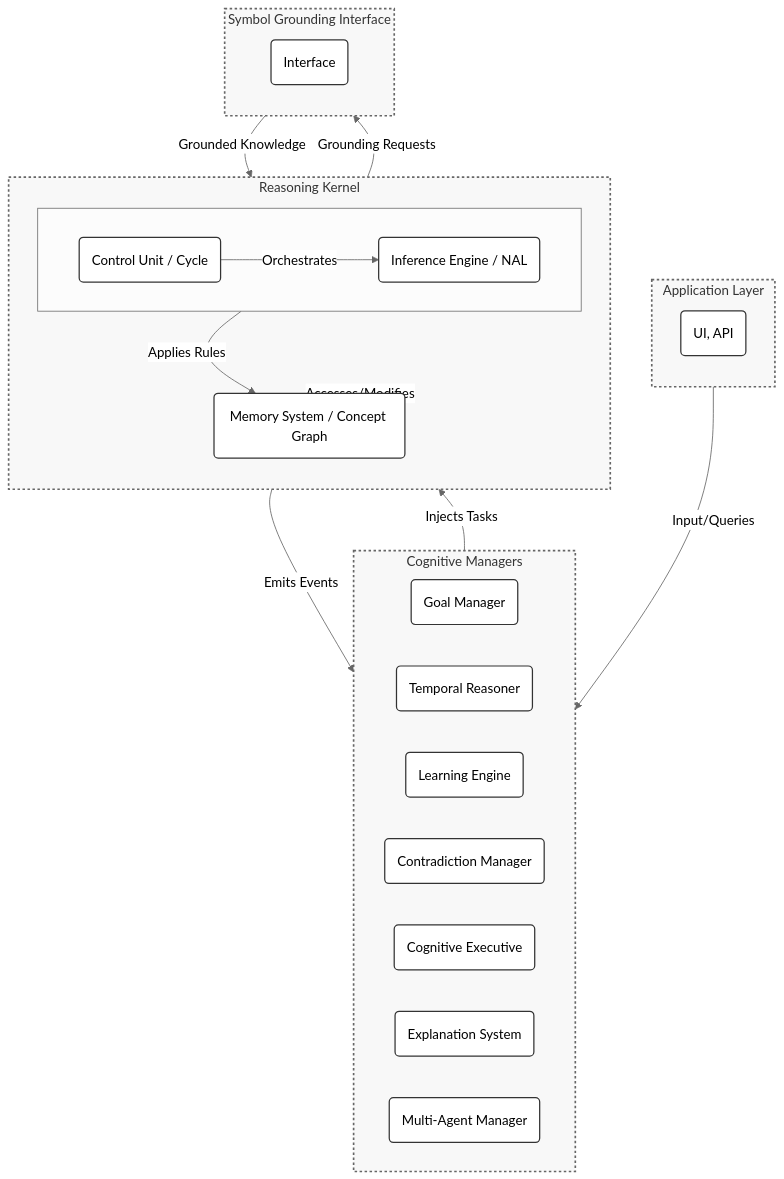
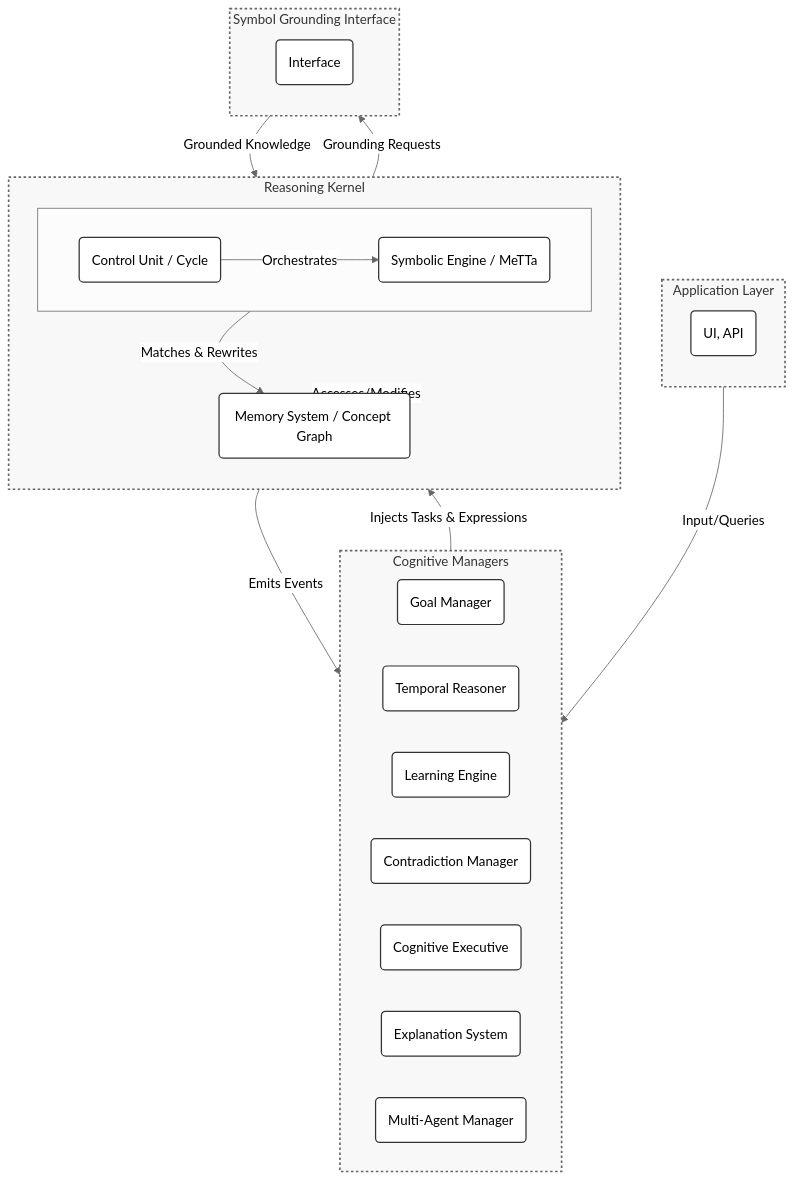
Before and after one commit to automenta/hypernars2: the first of 2 diagrams in README.md, drawn with Mermaid (neutral theme). The commit also changed other lines of this file, not shown here.

First line of the commit message:
docs: Integrate Hyperon/MeTTa concepts into HyperNARS spec

````diff
--- a/README.md
+++ b/README.md
@@ -76,46 +77,46 @@
 ```mermaid
 graph TD
     subgraph AppLayer [Application Layer]
         direction TB
         UI_API(UI, API)
     end
 
     subgraph CogManagers [Cognitive Managers]
         direction LR
         GoalManager(Goal Manager)
         TemporalReasoner(Temporal Reasoner)
         LearningEngine(Learning Engine)
         ContradictionManager(Contradiction Manager)
         MetaReasoner(Cognitive Executive)
         ExplanationSystem(Explanation System)
         MultiAgentManager(Multi-Agent Manager)
     end
 
     subgraph Kernel [Reasoning Kernel]
         direction TB
         subgraph ControlInference [ ]
             direction LR
             ControlUnit(Control Unit / Cycle)
-            InferenceEngine(Inference Engine / NAL)
+            SymbolicEngine(Symbolic Engine / MeTTa)
         end
         MemorySystem(Memory System / Concept Graph)
     end
 
     subgraph Grounding [Symbol Grounding Interface]
         direction TB
         GroundingInterface(Interface)
     end
 
     UI_API -- "Input/Queries" --> CogManagers
-    CogManagers -- "Injects Tasks" --> Kernel
+    CogManagers -- "Injects Tasks & Expressions" --> Kernel
     Kernel -- "Emits Events" --> CogManagers
     Kernel -- "Accesses/Modifies" --> MemorySystem
-    InferenceEngine -- "Applies Rules" --> MemorySystem
-    ControlUnit -- "Orchestrates" --> InferenceEngine
+    SymbolicEngine -- "Matches & Rewrites" --> MemorySystem
+    ControlUnit -- "Orchestrates" --> SymbolicEngine
     Kernel -- "Grounding Requests" --> Grounding
     Grounding -- "Grounded Knowledge" --> Kernel
 
     classDef default fill:#fff,stroke:#333,stroke-width:1.5px;
     classDef layer fill:#f8f8f8,stroke:#666,stroke-width:2px,stroke-dasharray: 3 3;
     class AppLayer,CogManagers,Kernel,Grounding layer;
 ```
````
